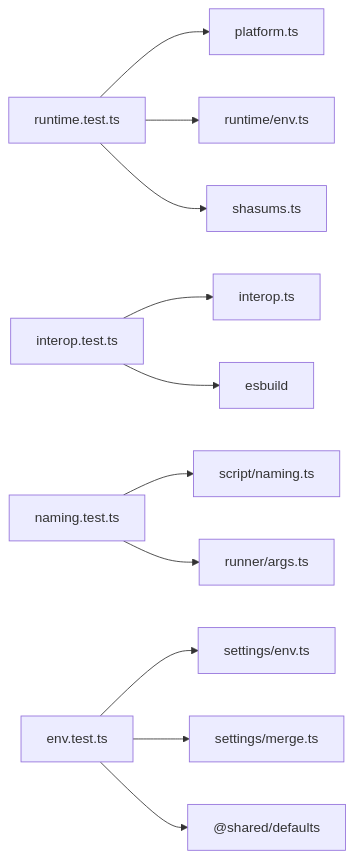
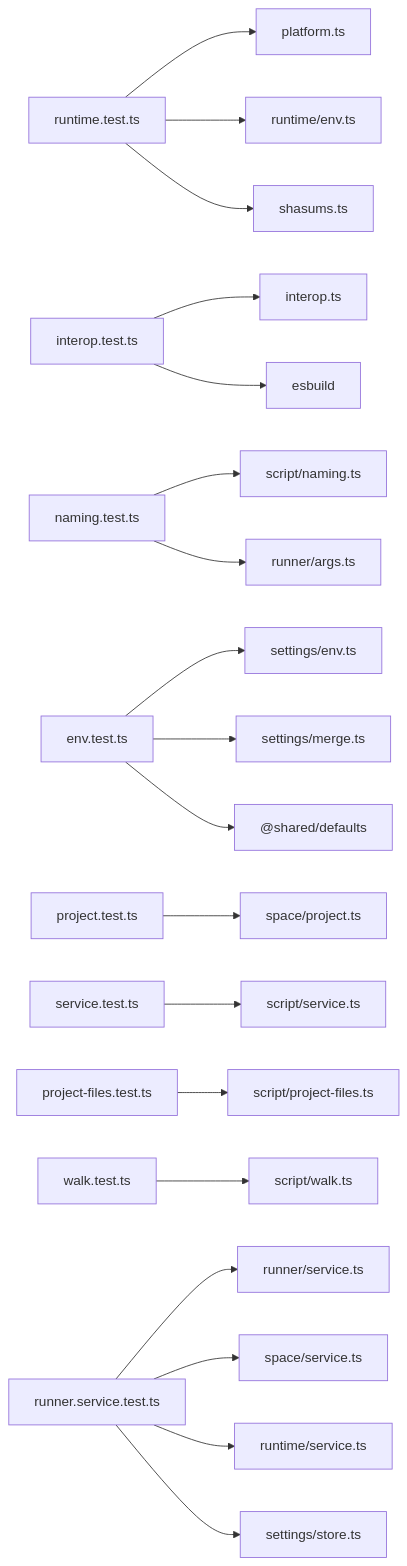
One commit to hozeeee/script-box changed the tenth of 10 diagrams in .qoder/repowiki/zh/content/测试指南.md. Above: the diagram before and after it, drawn with Mermaid. The commit also changed other lines of this file and 76 other files, not shown here.

````diff
--- a/.qoder/repowiki/zh/content/测试指南.md
+++ b/.qoder/repowiki/zh/content/测试指南.md
@@ -249,13 +390,21 @@
 ```mermaid
 graph LR
 RTT["runtime.test.ts"] --> P["platform.ts"]
 RTT --> RE["runtime/env.ts"]
 RTT --> SH["shasums.ts"]
 ITT["interop.test.ts"] --> IO["interop.ts"]
 ITT --> EB["esbuild"]
 NT["naming.test.ts"] --> NA["script/naming.ts"]
 NT --> AR["runner/args.ts"]
 SETT["env.test.ts"] --> SE["settings/env.ts"]
 SETT --> MG["settings/merge.ts"]
 SETT --> SD["@shared/defaults"]
+PT["project.test.ts"] --> SP["space/project.ts"]
+ST["service.test.ts"] --> SS["script/service.ts"]
+PFT["project-files.test.ts"] --> PF["script/project-files.ts"]
+WT["walk.test.ts"] --> WK["script/walk.ts"]
+RST["runner.service.test.ts"] --> RS["runner/service.ts"]
+RST --> SM["space/service.ts"]
+RST --> RT["runtime/service.ts"]
+RST --> STS["settings/store.ts"]
 ```
````
